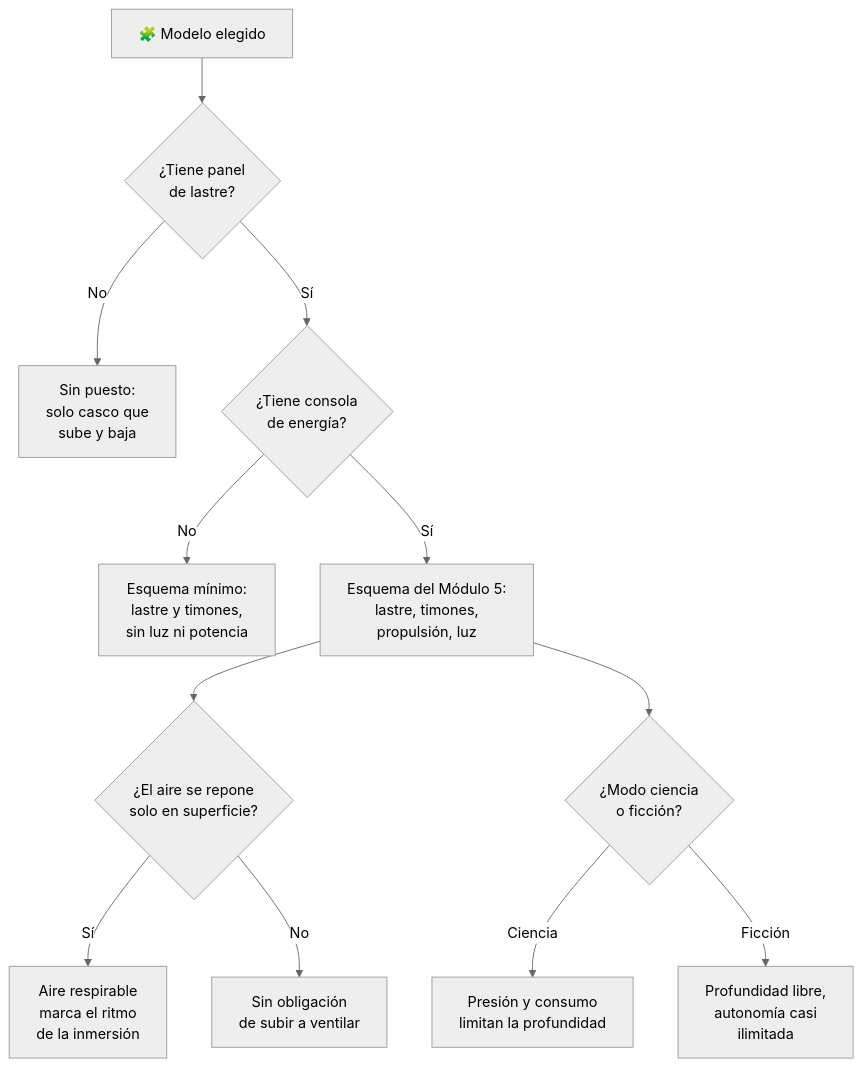
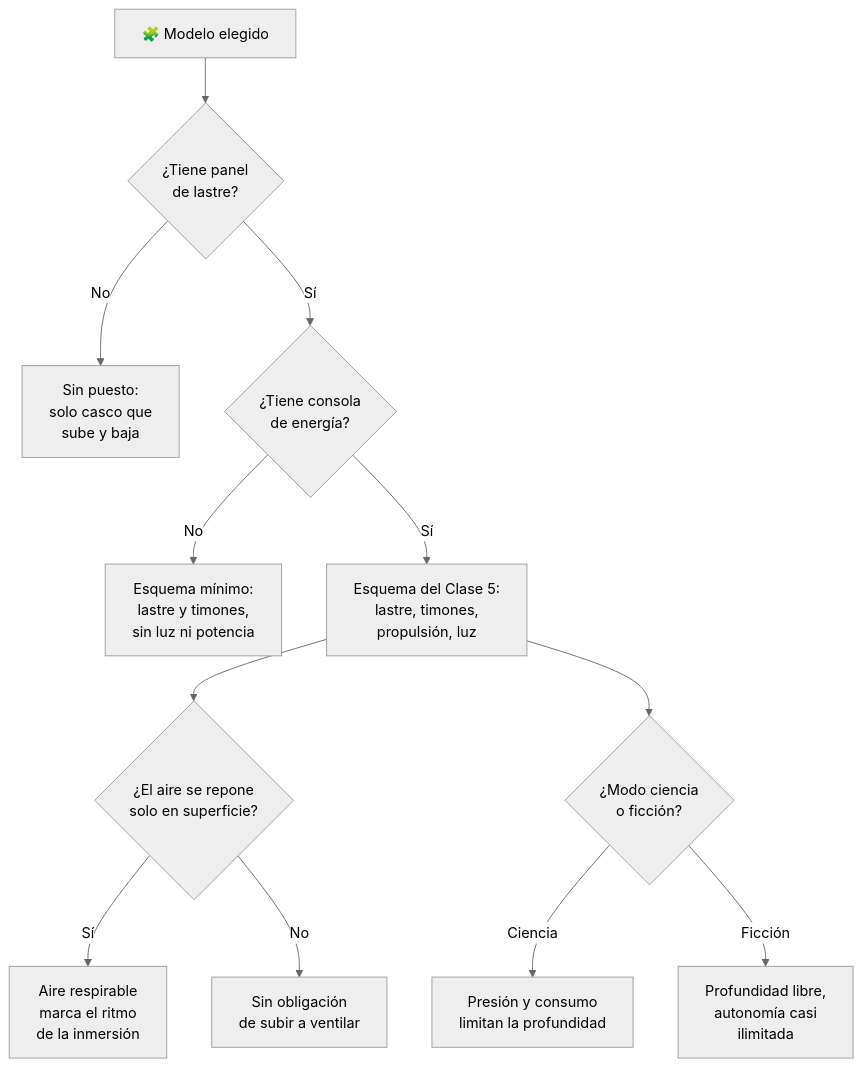
The diagram in vehiculos-fantasticos/nautilus/modelos/modelos-nautilus.md (vladimiracunadev-create/machine-operator-program), drawn with Mermaid (neutral theme) before and after one commit. The commit also changed other lines of this file and 460 other files, not shown here.

````diff
--- a/vehiculos-fantasticos/nautilus/modelos/modelos-nautilus.md
+++ b/vehiculos-fantasticos/nautilus/modelos/modelos-nautilus.md
@@ -114,14 +114,14 @@
 ```mermaid
 flowchart TD
     Modelo[🧩 Modelo elegido] --> Lastre{¿Tiene panel<br/>de lastre?}
     Lastre -- No --> Casco[Sin puesto:<br/>solo casco que<br/>sube y baja]
     Lastre -- Sí --> Energia{¿Tiene consola<br/>de energía?}
     Energia -- No --> Ciego[Esquema mínimo:<br/>lastre y timones,<br/>sin luz ni potencia]
-    Energia -- Sí --> Puesto[Esquema del Módulo 5:<br/>lastre, timones,<br/>propulsión, luz]
+    Energia -- Sí --> Puesto[Esquema del Clase 5:<br/>lastre, timones,<br/>propulsión, luz]
     Puesto --> Aire{¿El aire se repone<br/>solo en superficie?}
     Aire -- Sí --> Reloj[Aire respirable<br/>marca el ritmo<br/>de la inmersión]
     Aire -- No --> Libre[Sin obligación<br/>de subir a ventilar]
     Puesto --> Modo{¿Modo ciencia<br/>o ficción?}
     Modo -- Ciencia --> Limite[Presión y consumo<br/>limitan la profundidad]
     Modo -- Ficción --> Aventura[Profundidad libre,<br/>autonomía casi<br/>ilimitada]
 ```
````
